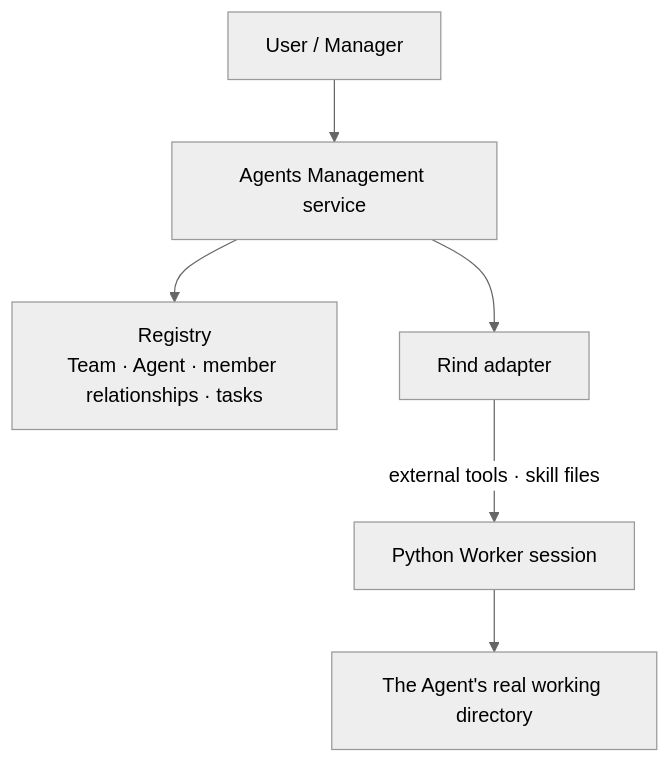
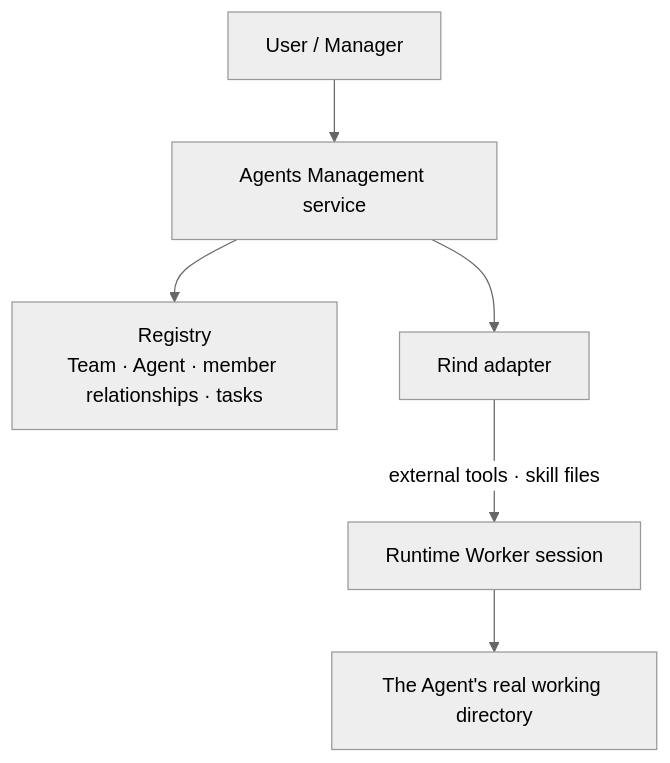
Before and after one commit to Azzurroooo/rind: the diagram in docs/internals/05-autonomy/teams.md, drawn with Mermaid (neutral theme). The commit also changed other lines of this file and 169 other files, not shown here.

Commit message:
feat(runtime,gateway): complete pure TypeScript migration and eliminate Python

```diff
--- a/docs/internals/05-autonomy/teams.md
+++ b/docs/internals/05-autonomy/teams.md
@@ -7,8 +7,8 @@
 ~~~mermaid
 flowchart TB
     U["User / Manager"] --> S["Agents Management service"]
     S --> R["Registry<br/>Team · Agent · member relationships · tasks"]
     S --> A["Rind adapter"]
-    A -->|"external tools · skill files"| W["Python Worker session"]
+    A -->|"external tools · skill files"| W["Runtime Worker session"]
     W --> D["The Agent's real working directory"]
 ~~~
```
